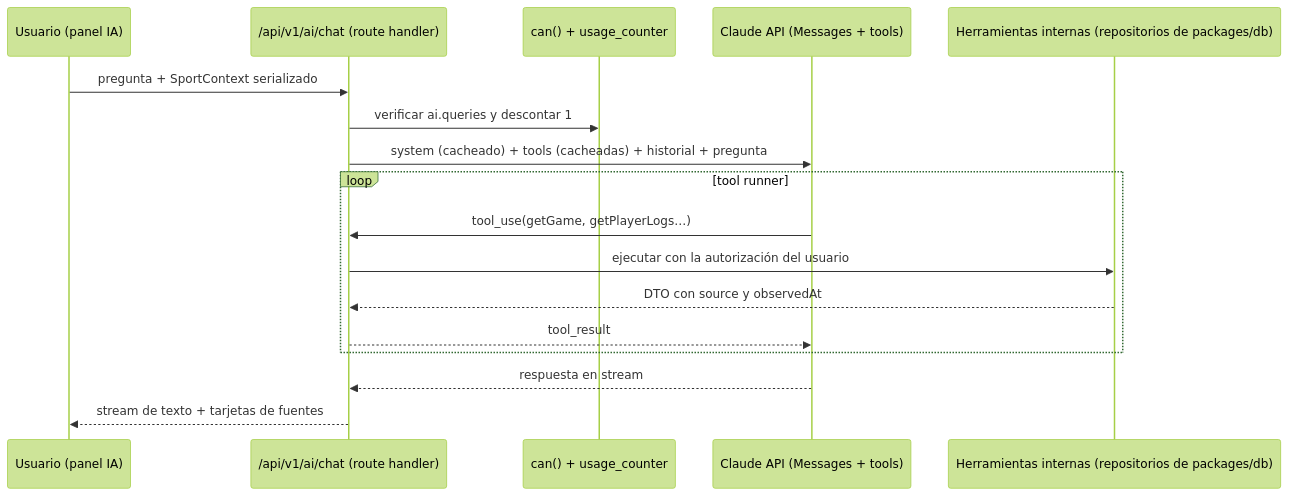
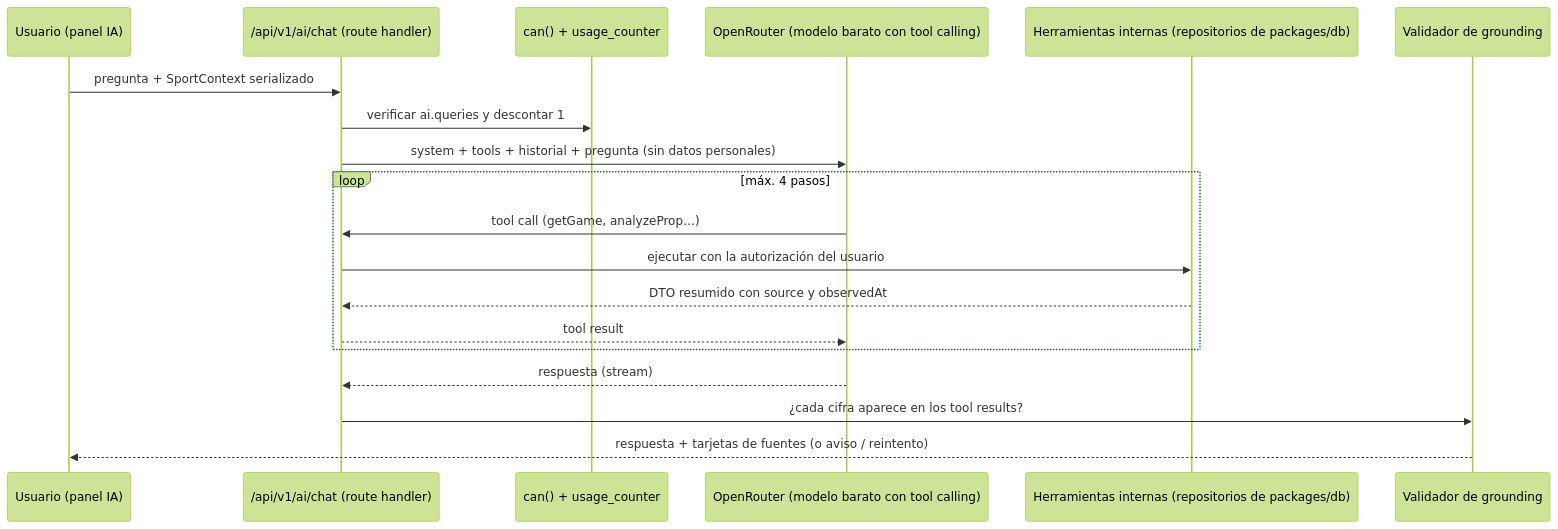
Before and after one commit to jairbonillacan-cmd/pitch: the diagram in docs/architecture/AI_ARCHITECTURE.md, drawn with Mermaid (forest theme). The commit also changed other lines of this file and 10 other files, not shown here.

First line of the commit message:
docs: IA vía OpenRouter con modelo barato (ADR-013 rev. 2, FD-15 decidida)

````diff
--- a/docs/architecture/AI_ARCHITECTURE.md
+++ b/docs/architecture/AI_ARCHITECTURE.md
@@ -9,19 +9,21 @@
 ```mermaid
 sequenceDiagram
   participant U as Usuario (panel IA)
   participant API as /api/v1/ai/chat (route handler)
   participant Q as can() + usage_counter
-  participant C as Claude API (Messages + tools)
+  participant OR as OpenRouter (modelo barato con tool calling)
   participant T as Herramientas internas (repositorios de packages/db)
+  participant V as Validador de grounding
   U->>API: pregunta + SportContext serializado
   API->>Q: verificar ai.queries y descontar 1
-  API->>C: system (cacheado) + tools (cacheadas) + historial + pregunta
-  loop tool runner
-    C->>API: tool_use(getGame, getPlayerLogs…)
+  API->>OR: system + tools + historial + pregunta (sin datos personales)
+  loop máx. 4 pasos
+    OR->>API: tool call (getGame, analyzeProp…)
     API->>T: ejecutar con la autorización del usuario
-    T-->>API: DTO con source y observedAt
-    API-->>C: tool_result
+    T-->>API: DTO resumido con source y observedAt
+    API-->>OR: tool result
   end
-  C-->>API: respuesta en stream
-  API-->>U: stream de texto + tarjetas de fuentes
+  OR-->>API: respuesta (stream)
+  API->>V: ¿cada cifra aparece en los tool results?
+  V-->>U: respuesta + tarjetas de fuentes (o aviso / reintento)
 ```
````
